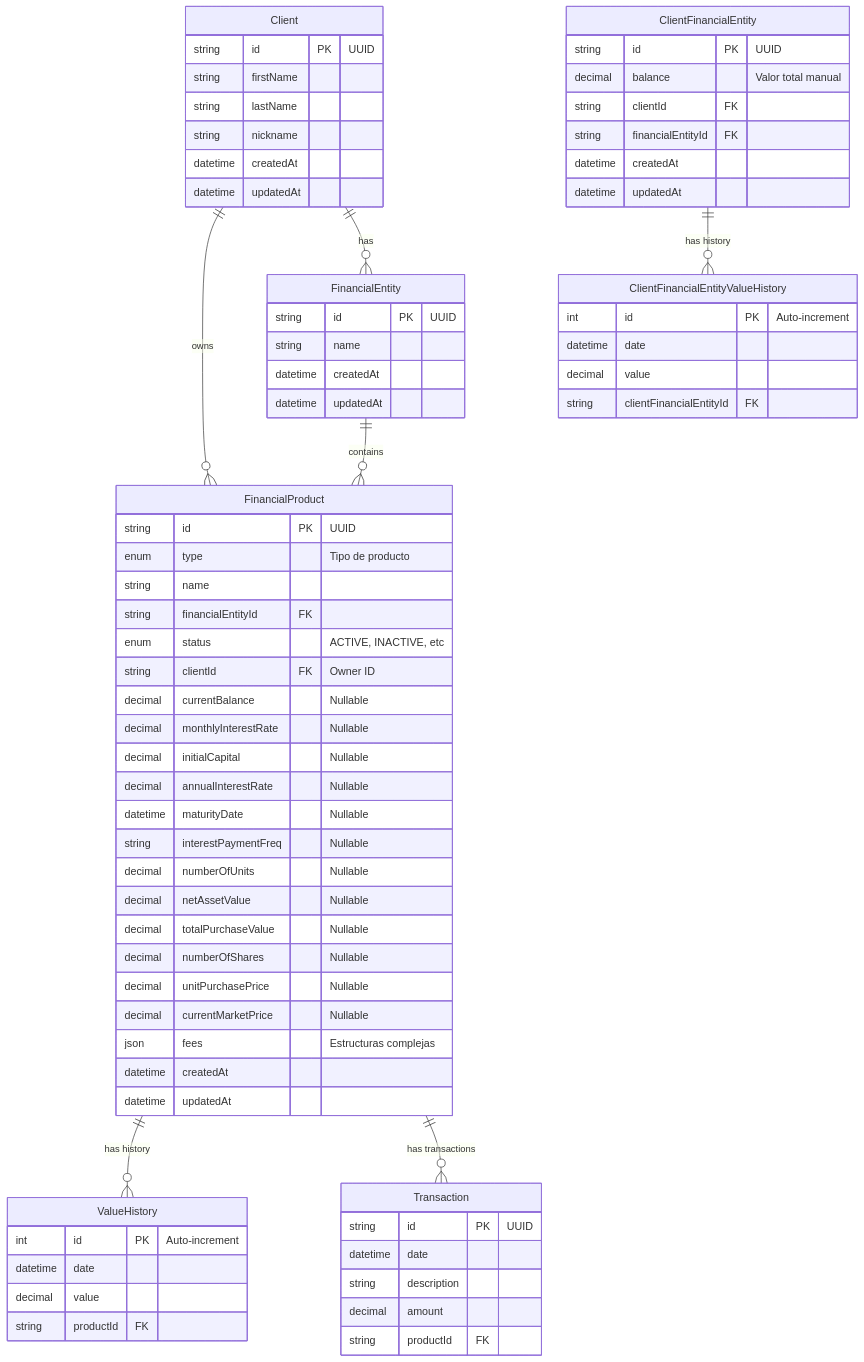
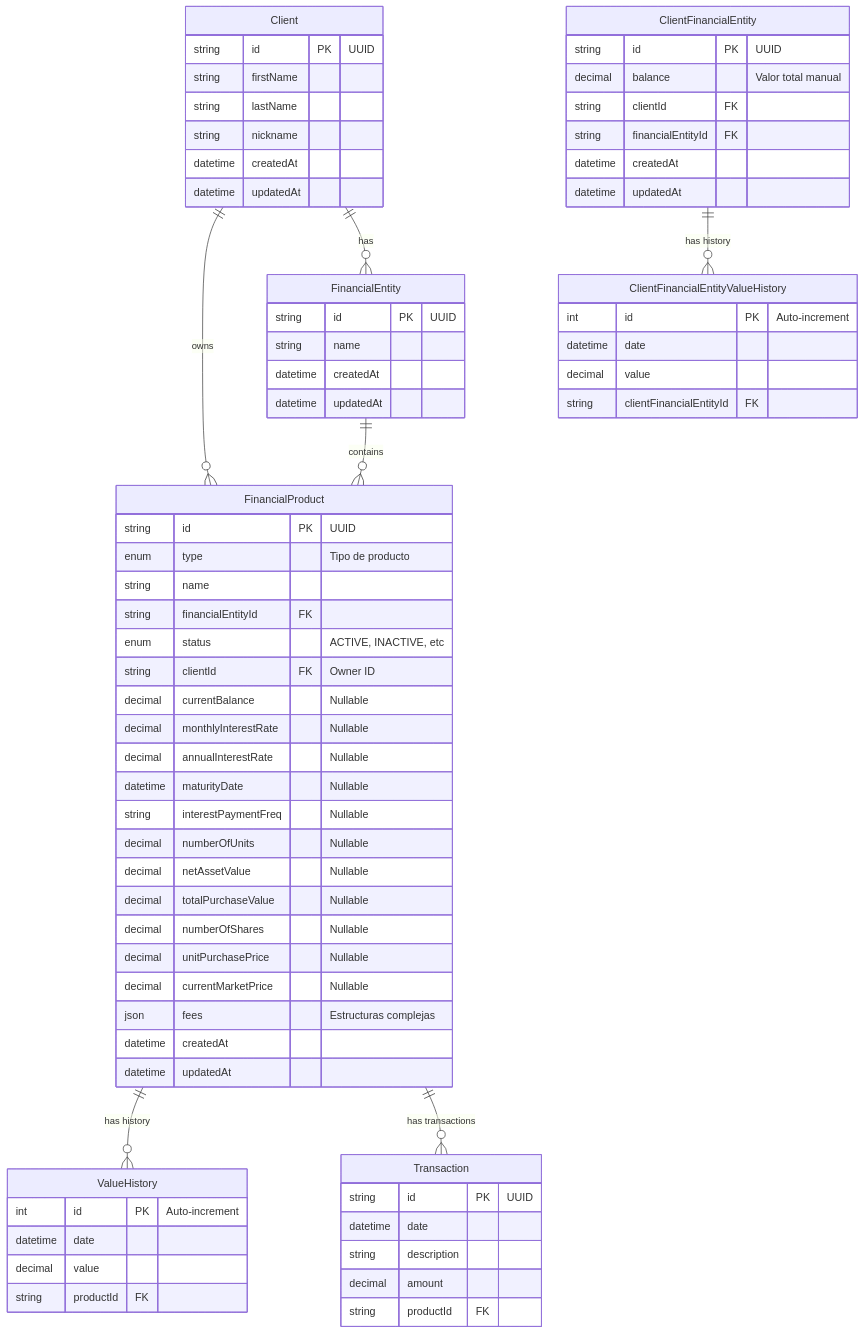
The diagram in docs/001-database_design.md (pabordonez/myfintonic), drawn with Mermaid before and after one commit. The commit also changed 10 other files, not shown here.

````diff
--- a/docs/001-database_design.md
+++ b/docs/001-database_design.md
@@ -9,80 +9,79 @@
 ```mermaid
 erDiagram
     Client ||--o{ FinancialProduct : "owns"
     Client ||--o{ FinancialEntity : "has"
     FinancialEntity ||--o{ FinancialProduct : "contains"
     ClientFinancialEntity ||--o{ ClientFinancialEntityValueHistory : "has history"
     FinancialProduct ||--o{ ValueHistory : "has history"
     FinancialProduct ||--o{ Transaction : "has transactions"
 
     Client {
         string id PK "UUID"
         string firstName
         string lastName
         string nickname
         datetime createdAt
         datetime updatedAt
     }
 
     FinancialEntity {
         string id PK "UUID"
         string name
         datetime createdAt
         datetime updatedAt
     }
 
     ClientFinancialEntity {
         string id PK "UUID"
         decimal balance "Valor total manual"
         string clientId FK
         string financialEntityId FK
         datetime createdAt
         datetime updatedAt
     }
 
     FinancialProduct {
         string id PK "UUID"
         enum type "Tipo de producto"
         string name
         string financialEntityId FK
         enum status "ACTIVE, INACTIVE, etc"
         string clientId FK "Owner ID"
         decimal currentBalance "Nullable"
         decimal monthlyInterestRate "Nullable"
-        decimal initialCapital "Nullable"
         decimal annualInterestRate "Nullable"
         datetime maturityDate "Nullable"
         string interestPaymentFreq "Nullable"
         decimal numberOfUnits "Nullable"
         decimal netAssetValue "Nullable"
         decimal totalPurchaseValue "Nullable"
         decimal numberOfShares "Nullable"
         decimal unitPurchasePrice "Nullable"
         decimal currentMarketPrice "Nullable"
         json fees "Estructuras complejas"
         datetime createdAt
         datetime updatedAt
     }
 
     ValueHistory {
         int id PK "Auto-increment"
         datetime date
         decimal value
         string productId FK
     }
 
     ClientFinancialEntityValueHistory {
         int id PK "Auto-increment"
         datetime date
         decimal value
         string clientFinancialEntityId FK
     }
 
     Transaction {
         string id PK "UUID"
         datetime date
         string description
         decimal amount
         string productId FK
     }
 ```
````
